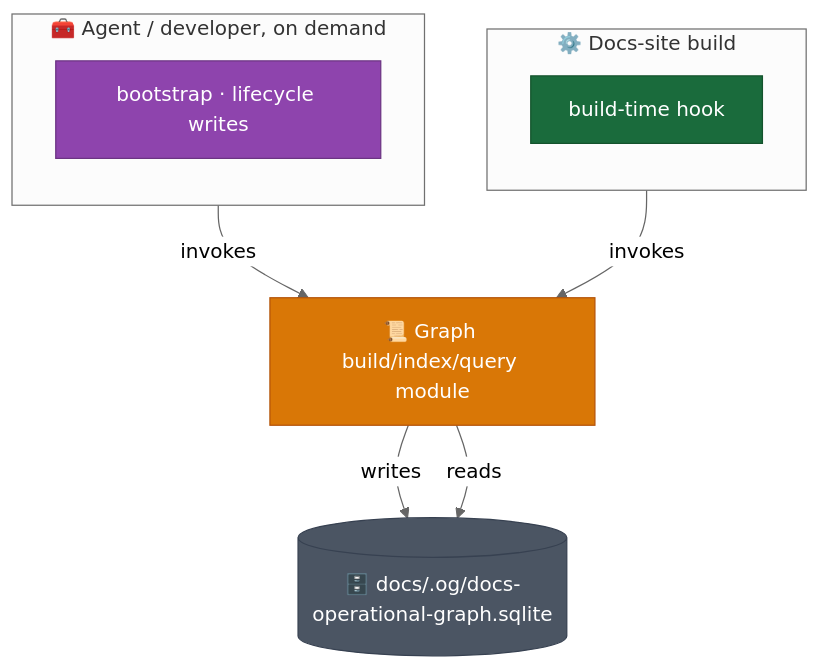
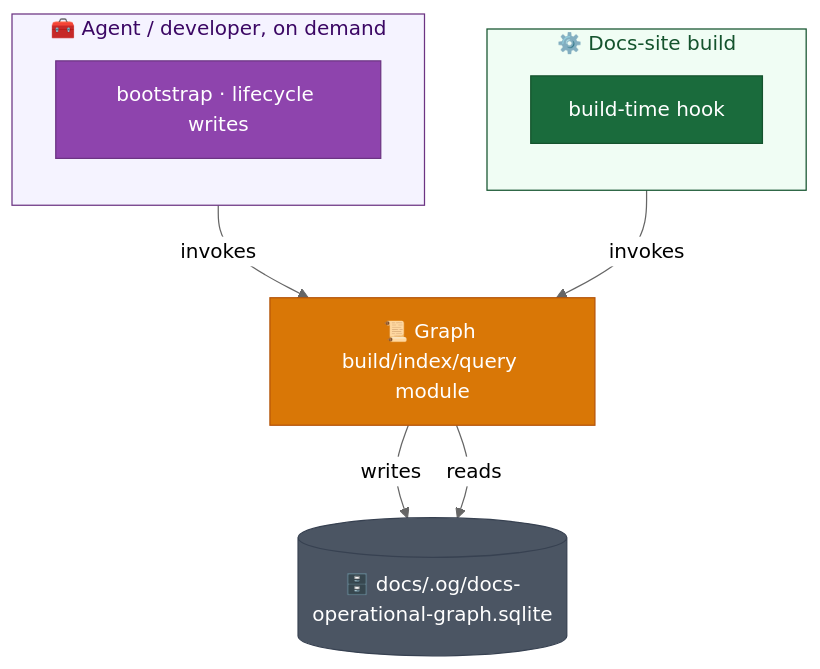
Before and after one commit to DataArt/artisyn-implementation-harness: the second of 2 diagrams in docs/Harness/07 Operational Graph/02 Storage and Build Model.md, drawn with Mermaid (neutral theme). The commit also changed other lines of this file and 372 other files, not shown here.

First line of the commit message:
feat(harness): okf-compatible knowledge base with og scope guard, schema v1, migrate and check (4.2.0) (#23)

````diff
--- a/docs/Harness/07 Operational Graph/02 Storage and Build Model.md
+++ b/docs/Harness/07 Operational Graph/02 Storage and Build Model.md
@@ -109,25 +128,28 @@
 ```mermaid
 flowchart TD
     subgraph BUILD ["⚙️ Docs-site build"]
         direction TB
         HOOK["build-time hook"]:::build
     end
 
     subgraph AGENT ["🧰 Agent / developer, on demand"]
         direction TB
         SKILL["bootstrap · lifecycle writes"]:::skill
     end
 
     MODULE["📜 Graph build/index/query module"]:::module
     DB[("🗄️ docs/.og/docs-operational-graph.sqlite")]:::store
 
     HOOK -->|"invokes"| MODULE
     SKILL -->|"invokes"| MODULE
     MODULE -->|"writes"| DB
     MODULE -->|"reads"| DB
 
     classDef build  fill:#1A6B3C,stroke:#14532d,color:#fff
     classDef skill  fill:#8E44AD,stroke:#6C3483,color:#fff
     classDef module fill:#D97706,stroke:#B45309,color:#fff
     classDef store  fill:#4B5563,stroke:#374151,color:#fff
+
+    style BUILD fill:#F0FDF4,stroke:#14532d,color:#14532D
+    style AGENT fill:#F5F3FF,stroke:#6C3483,color:#3B0764
 ```
````
